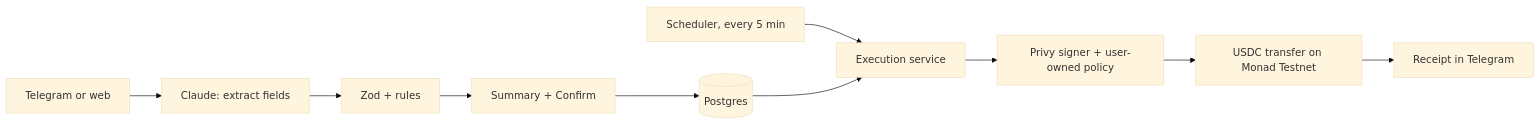
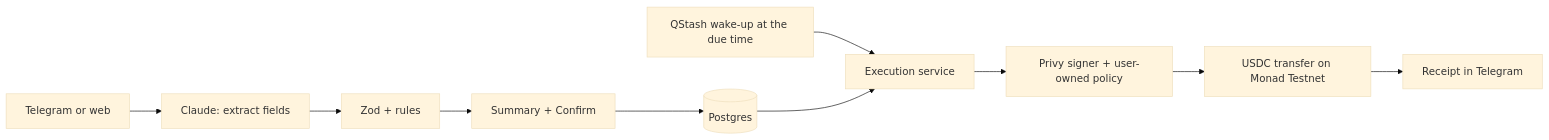
The diagram in README.md (PinnacleCryptNG/auctra), drawn with Mermaid (base theme) before and after one commit. The commit also changed other lines of this file and 2 other files, not shown here.

````diff
--- a/README.md
+++ b/README.md
@@ -87,12 +103,12 @@
 ```mermaid
 flowchart LR
   U[Telegram or web] --> C[Claude: extract fields]
   C --> V[Zod + rules]
   V --> S[Summary + Confirm]
   S --> DB[(Postgres)]
-  Cron[Scheduler, every 5 min] --> E[Execution service]
+  Cron[QStash wake-up at the due time] --> E[Execution service]
   DB --> E
   E --> P[Privy signer + user-owned policy]
   P --> M[USDC transfer on Monad Testnet]
   M --> R[Receipt in Telegram]
 ```
````
